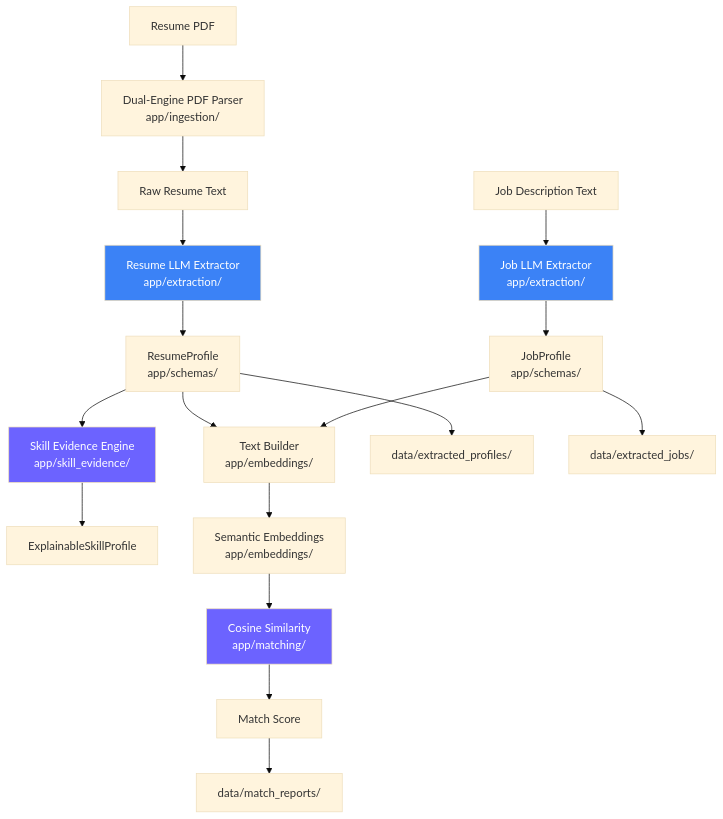
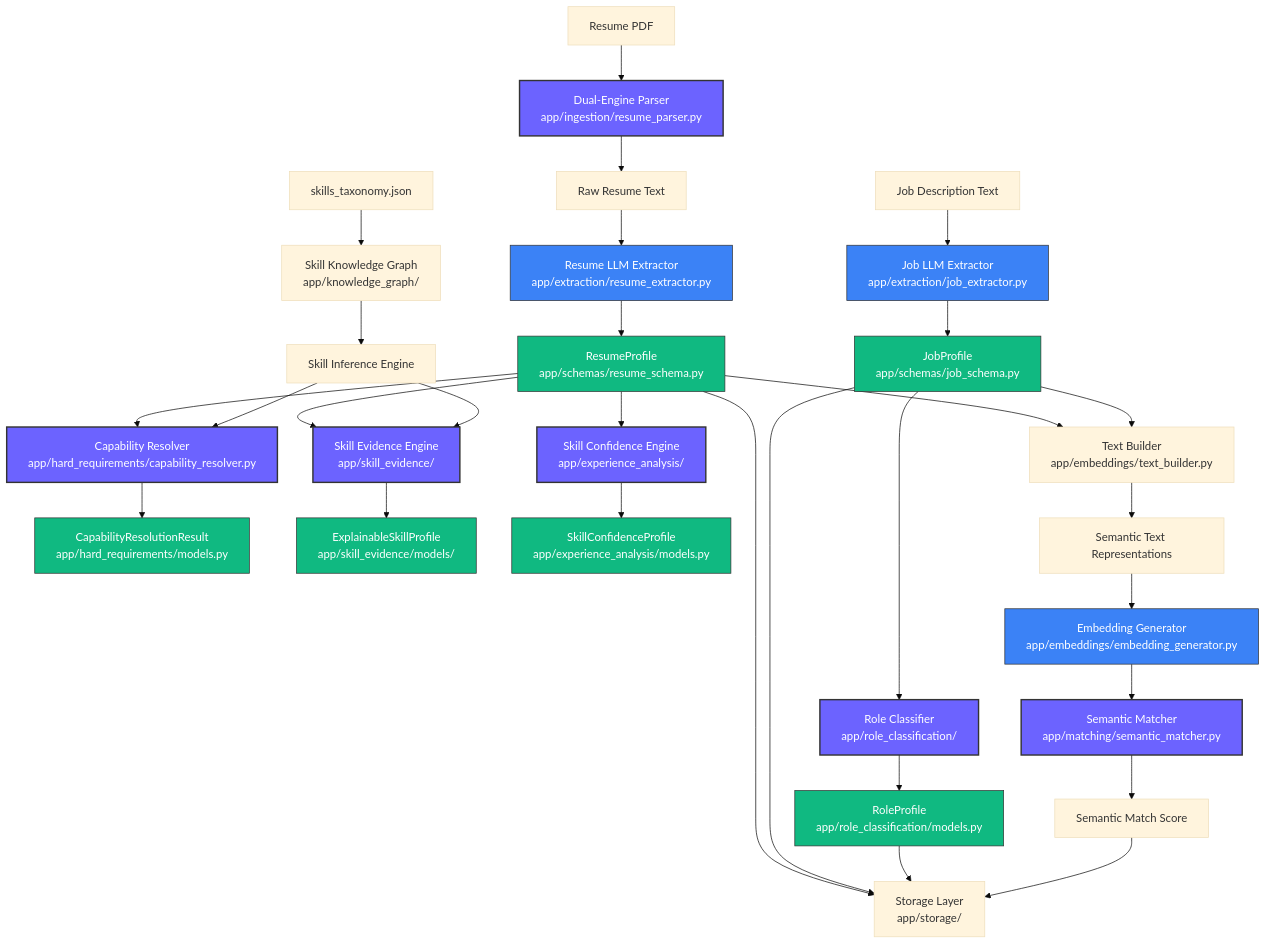
One commit to nishantprasadNP/AI-RECRUITMENT-MODEL changed the diagram in README.md. Above: the diagram before and after it, drawn with Mermaid (base theme). The commit also changed other lines of this file and 7 other files, not shown here.

````diff
--- a/README.md
+++ b/README.md
@@ -74,28 +98,58 @@
 ```mermaid
 graph TD
-    A[Resume PDF] --> B[Dual-Engine PDF Parser\napp/ingestion/]
-    B --> C[Raw Resume Text]
-    C --> D[Resume LLM Extractor\napp/extraction/]
-    D --> E[ResumeProfile\napp/schemas/]
+    %% Inputs
+    Resume[Resume PDF] --> Ingestion[Dual-Engine Parser\napp/ingestion/resume_parser.py]
+    Ingestion --> RawResumeText[Raw Resume Text]
     
-    F[Job Description Text] --> G[Job LLM Extractor\napp/extraction/]
-    G --> H[JobProfile\napp/schemas/]
-
-    E --> I[Skill Evidence Engine\napp/skill_evidence/]
-    I --> J[ExplainableSkillProfile]
-
-    E --> K[Text Builder\napp/embeddings/]
-    H --> K
-    K --> L[Semantic Embeddings\napp/embeddings/]
-    L --> M[Cosine Similarity\napp/matching/]
-    M --> N[Match Score]
-
-    E --> O[data/extracted_profiles/]
-    H --> P[data/extracted_jobs/]
-    N --> Q[data/match_reports/]
-
-    style I fill:#6c63ff,color:#fff
-    style M fill:#6c63ff,color:#fff
-    style D fill:#3b82f6,color:#fff
-    style G fill:#3b82f6,color:#fff
+    JD[Job Description Text] --> JobExtractor[Job LLM Extractor\napp/extraction/job_extractor.py]
+    RawResumeText --> ResumeExtractor[Resume LLM Extractor\napp/extraction/resume_extractor.py]
+    
+    %% Outputs of Extractor
+    ResumeExtractor --> ResumeProfile[ResumeProfile\napp/schemas/resume_schema.py]
+    JobExtractor --> JobProfile[JobProfile\napp/schemas/job_schema.py]
+    
+    %% Classification
+    JobProfile --> RoleClassifier[Role Classifier\napp/role_classification/]
+    RoleClassifier --> RoleProfile[RoleProfile\napp/role_classification/models.py]
+    
+    %% Knowledge Graph & Inference
+    Taxonomy[skills_taxonomy.json] --> Graph[Skill Knowledge Graph\napp/knowledge_graph/]
+    Graph --> Inference[Skill Inference Engine]
+    
+    %% Hard Requirements Matching (Phase 5)
+    ResumeProfile --> CapResolver[Capability Resolver\napp/hard_requirements/capability_resolver.py]
+    Inference --> CapResolver
+    CapResolver --> CapResult[CapabilityResolutionResult\napp/hard_requirements/models.py]
+    
+    %% Skill Evidence Engine
+    ResumeProfile --> EvidenceEngine[Skill Evidence Engine\napp/skill_evidence/]
+    Inference --> EvidenceEngine
+    EvidenceEngine --> ExplainableProfile[ExplainableSkillProfile\napp/skill_evidence/models/]
+    
+    %% Experience Analysis & Skill Confidence Engine
+    ResumeProfile --> ConfidenceEngine[Skill Confidence Engine\napp/experience_analysis/]
+    ConfidenceEngine --> ConfidenceProfile[SkillConfidenceProfile\napp/experience_analysis/models.py]
+    
+    %% Semantic Matching
+    ResumeProfile --> TextBuilder[Text Builder\napp/embeddings/text_builder.py]
+    JobProfile --> TextBuilder
+    TextBuilder --> SemanticText[Semantic Text Representations]
+    SemanticText --> Embedder[Embedding Generator\napp/embeddings/embedding_generator.py]
+    Embedder --> Matcher[Semantic Matcher\napp/matching/semantic_matcher.py]
+    Matcher --> SemanticScore[Semantic Match Score]
+    
+    %% Persistence
+    ResumeProfile --> Storage[Storage Layer\napp/storage/]
+    JobProfile --> Storage
+    RoleProfile --> Storage
+    SemanticScore --> Storage
+    
+    %% Formatting
+    classDef main fill:#6c63ff,color:#fff,stroke:#333,stroke-width:2px;
+    classDef module fill:#3b82f6,color:#fff,stroke:#333,stroke-width:1px;
+    classDef data fill:#10b981,color:#fff,stroke:#333,stroke-width:1px;
+    
+    class Ingestion,RoleClassifier,EvidenceEngine,ConfidenceEngine,CapResolver,Matcher main;
+    class ResumeExtractor,JobExtractor,Embedder module;
+    class ResumeProfile,JobProfile,RoleProfile,ExplainableProfile,ConfidenceProfile,CapResult data;
 ```
````
